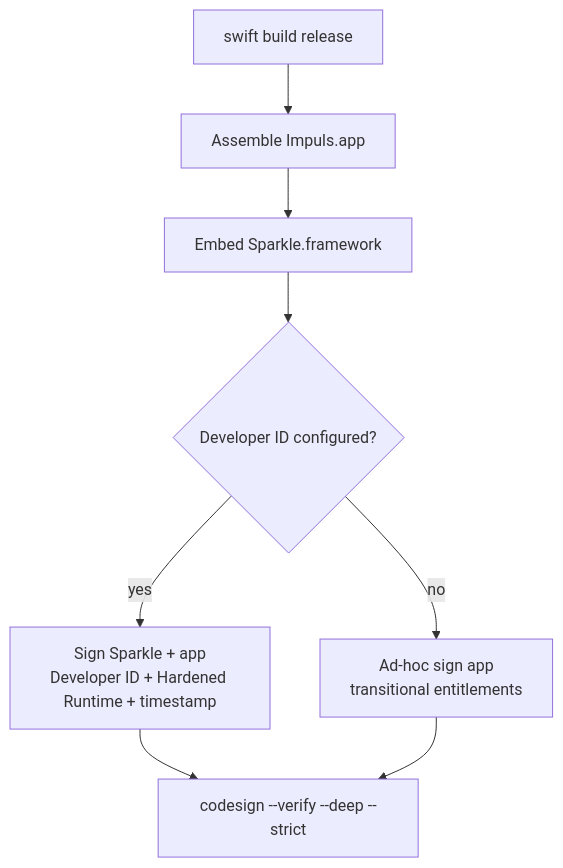
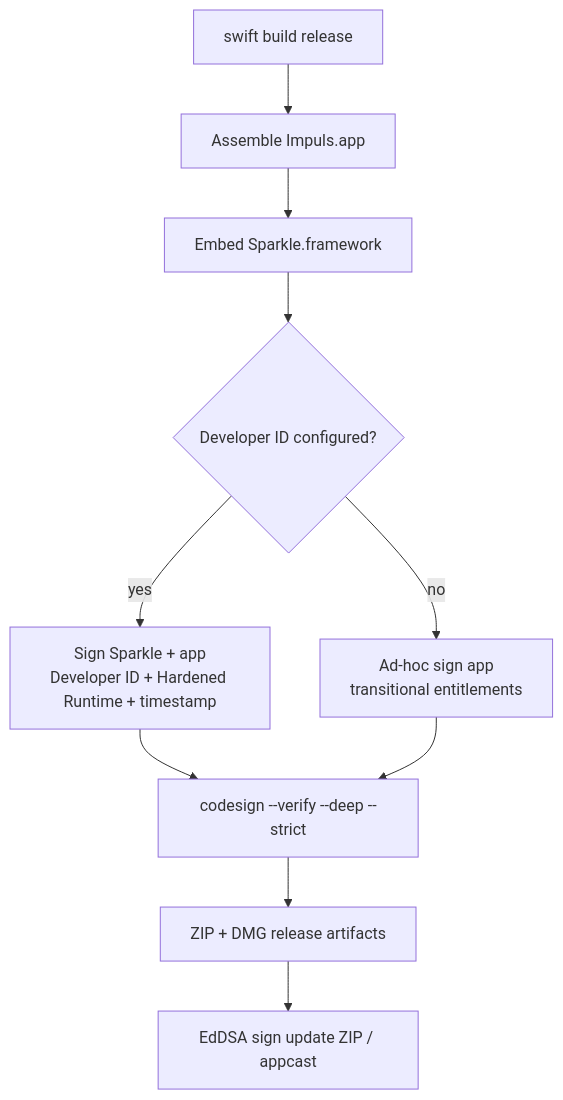
One commit to TumanovNV/impuls changed the diagram in knowledge-base/03-macos/signing-distribution.md. Above: the diagram before and after it, drawn with Mermaid. The commit also changed other lines of this file, not shown here.

````diff
--- a/knowledge-base/03-macos/signing-distribution.md
+++ b/knowledge-base/03-macos/signing-distribution.md
@@ -17,10 +17,12 @@
 ```mermaid
 flowchart TD
     BUILD[swift build release] --> APP[Assemble Impuls.app]
     APP --> SP[Embed Sparkle.framework]
     SP --> S{Developer ID configured?}
     S -->|yes| DID[Sign Sparkle + app\nDeveloper ID + Hardened Runtime + timestamp]
     S -->|no| AD[Ad-hoc sign app\ntransitional entitlements]
     DID --> VERIFY[codesign --verify --deep --strict]
     AD --> VERIFY
+    VERIFY --> ZIP[ZIP + DMG release artifacts]
+    ZIP --> ED[EdDSA sign update ZIP / appcast]
 ```
````
